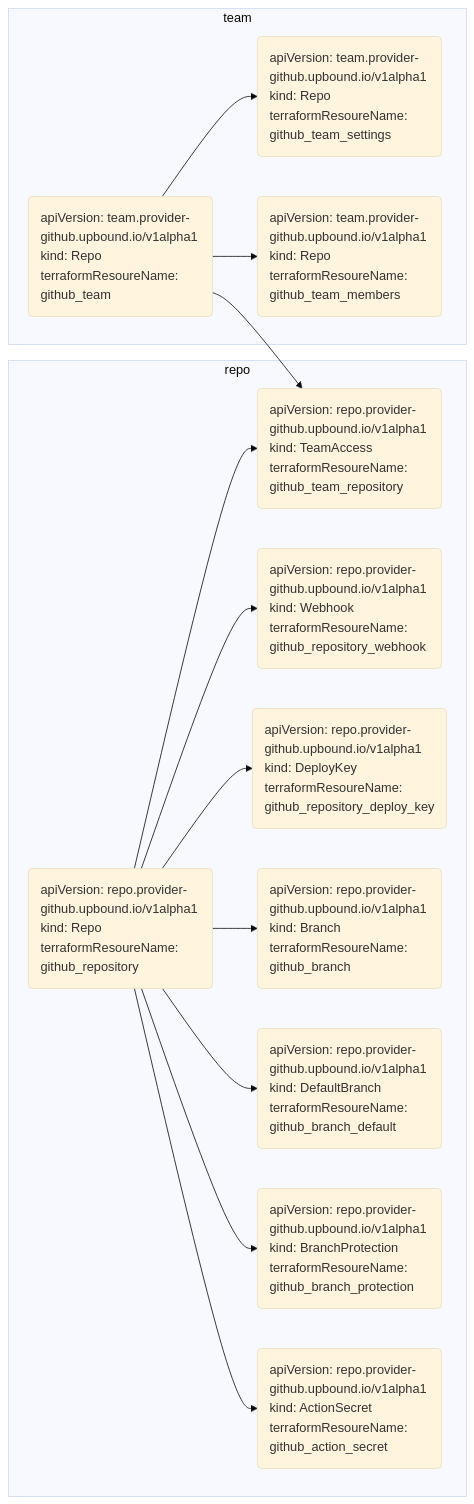
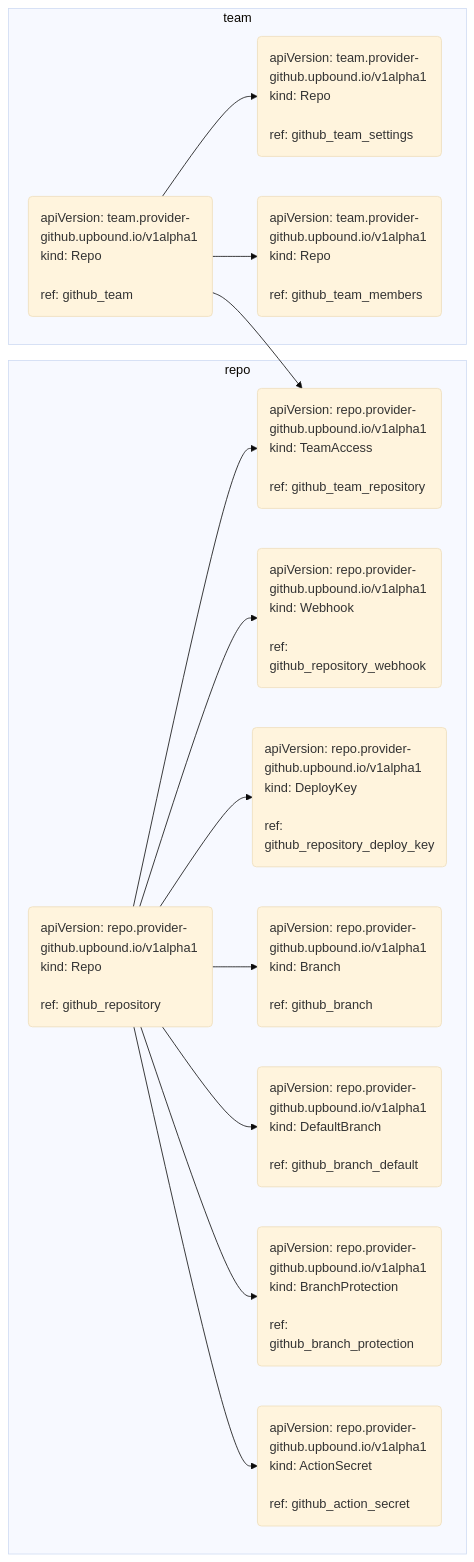
One commit to crossplane-contrib/provider-upjet-github changed the second of 2 diagrams in docs/design.md. Above: the diagram before and after it, drawn with Mermaid.

Commit message:
better refs

````diff
--- a/docs/design.md
+++ b/docs/design.md
@@ -30,40 +30,40 @@
 ```mermaid
 %%{
     init: {
         'flowchart' : {
             'curve' : 'basis'
         },
         'theme':'base'
     }
 }%%
 
 graph LR
     classDef default text-align: left;
     Team.team --> TeamAccess.repo
     subgraph repo
-        Repo.repo(apiVersion: repo.provider-github.upbound.io/v1alpha1<br/>kind: Repo<br/>terraformResoureName: github_repository)
-        Webhook.repo(apiVersion: repo.provider-github.upbound.io/v1alpha1<br/>kind: Webhook<br/>terraformResoureName: github_repository_webhook)
-        DeployKey.repo(apiVersion: repo.provider-github.upbound.io/v1alpha1<br/>kind: DeployKey<br/>terraformResoureName: github_repository_deploy_key)
-        Branch.repo(apiVersion: repo.provider-github.upbound.io/v1alpha1<br/>kind: Branch<br/>terraformResoureName: github_branch)
-        DefaultBranch.repo(apiVersion: repo.provider-github.upbound.io/v1alpha1<br/>kind: DefaultBranch<br/>terraformResoureName: github_branch_default)
-        BranchProtection.repo(apiVersion: repo.provider-github.upbound.io/v1alpha1<br/>kind: BranchProtection<br/>terraformResoureName: github_branch_protection)
-        ActionSecret.repo(apiVersion: repo.provider-github.upbound.io/v1alpha1<br/>kind: ActionSecret<br/>terraformResoureName: github_action_secret)
-        TeamAccess.repo(apiVersion: repo.provider-github.upbound.io/v1alpha1<br/>kind: TeamAccess<br/>terraformResoureName: github_team_repository)   
+        Repo.repo(apiVersion: repo.provider-github.upbound.io/v1alpha1<br/>kind: Repo<br/><br/>ref: github_repository)
+        Webhook.repo(apiVersion: repo.provider-github.upbound.io/v1alpha1<br/>kind: Webhook<br/><br/>ref: github_repository_webhook)
+        DeployKey.repo(apiVersion: repo.provider-github.upbound.io/v1alpha1<br/>kind: DeployKey<br/><br/>ref: github_repository_deploy_key)
+        Branch.repo(apiVersion: repo.provider-github.upbound.io/v1alpha1<br/>kind: Branch<br/><br/>ref: github_branch)
+        DefaultBranch.repo(apiVersion: repo.provider-github.upbound.io/v1alpha1<br/>kind: DefaultBranch<br/><br/>ref: github_branch_default)
+        BranchProtection.repo(apiVersion: repo.provider-github.upbound.io/v1alpha1<br/>kind: BranchProtection<br/><br/>ref: github_branch_protection)
+        ActionSecret.repo(apiVersion: repo.provider-github.upbound.io/v1alpha1<br/>kind: ActionSecret<br/><br/>ref: github_action_secret)
+        TeamAccess.repo(apiVersion: repo.provider-github.upbound.io/v1alpha1<br/>kind: TeamAccess<br/><br/>ref: github_team_repository)   
         
         Repo.repo --> Webhook.repo
         Repo.repo --> DeployKey.repo
         Repo.repo --> Branch.repo
         Repo.repo --> DefaultBranch.repo
         Repo.repo --> BranchProtection.repo
         Repo.repo --> ActionSecret.repo
         Repo.repo --> TeamAccess.repo
     end
     subgraph team
-        Team.team(apiVersion: team.provider-github.upbound.io/v1alpha1<br/>kind: Repo<br/>terraformResoureName: github_team)
-        TeamSettings.team(apiVersion: team.provider-github.upbound.io/v1alpha1<br/>kind: Repo<br/>terraformResoureName: github_team_settings)
-        TeamMembers.team(apiVersion: team.provider-github.upbound.io/v1alpha1<br/>kind: Repo<br/>terraformResoureName: github_team_members)
+        Team.team(apiVersion: team.provider-github.upbound.io/v1alpha1<br/>kind: Repo<br/><br/>ref: github_team)
+        TeamSettings.team(apiVersion: team.provider-github.upbound.io/v1alpha1<br/>kind: Repo<br/><br/>ref: github_team_settings)
+        TeamMembers.team(apiVersion: team.provider-github.upbound.io/v1alpha1<br/>kind: Repo<br/><br/>ref: github_team_members)
 
         Team.team --> TeamSettings.team
         Team.team --> TeamMembers.team
     end
 ```
````
